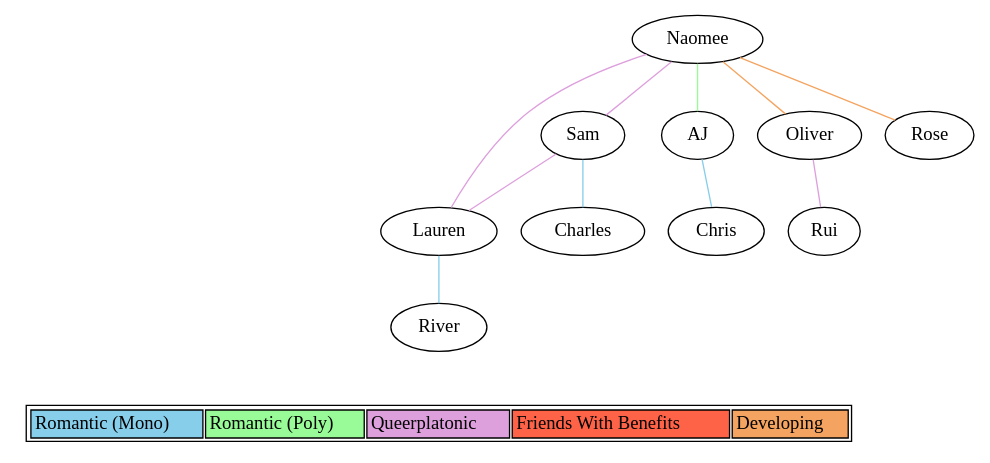
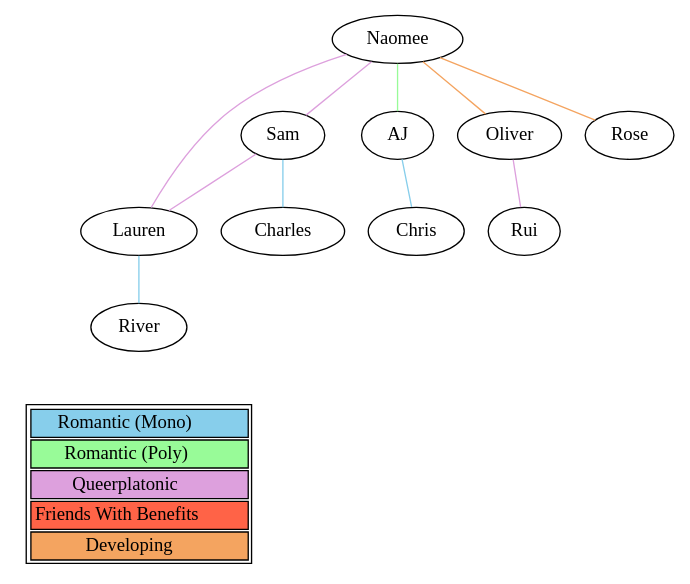
One commit to naeomees/CuddleCouncil changed the diagram in share/polycule.dot. Above: the diagram before and after it, drawn with Graphviz.

Commit message:
share/polycule.dot legend refactored.

```diff
--- a/share/polycule.dot
+++ b/share/polycule.dot
@@ -1,35 +1,43 @@
 graph polycule {
   naomee [label="Naomee"]
   sam [label="Sam"]
   lauren [label="Lauren"]
   charles [label="Charles"]
   river [label="River"]
   aj [label="AJ"]
   chris [label="Chris"]
   oliver [label="Oliver"]
   rui [label="Rui"]
   rose [label="Rose"]
   naomee -- sam [color=plum]
   naomee -- lauren [color=plum]
   sam -- lauren [color=plum]
   sam -- charles [color=skyblue]
   lauren -- river [color=skyblue]
   naomee -- aj [color=palegreen]
   aj -- chris [color=skyblue]
   naomee -- oliver [color=sandybrown]
   oliver -- rui [color=plum]
   naomee -- rose [color=sandybrown]
   { rank = sink;
     Legend [shape=none, label=<
       <table>
         <tr>
           <td class="relRomoMono" bgcolor="skyblue">Romantic (Mono)</td>
+        </tr>
+        <tr>
           <td class="relRomoPoly" bgcolor="palegreen">Romantic (Poly)</td>
+        </tr>
+        <tr>
           <td class="relQPR" bgcolor="plum">Queerplatonic</td>
+        </tr>
+        <tr>
           <td class="relFWB" bgcolor="tomato">Friends With Benefits</td>
+        </tr>
+        <tr>
           <td class="relDev" bgcolor="sandybrown">Developing</td>
         </tr>
       </table>
     >];
   }
 }
```
